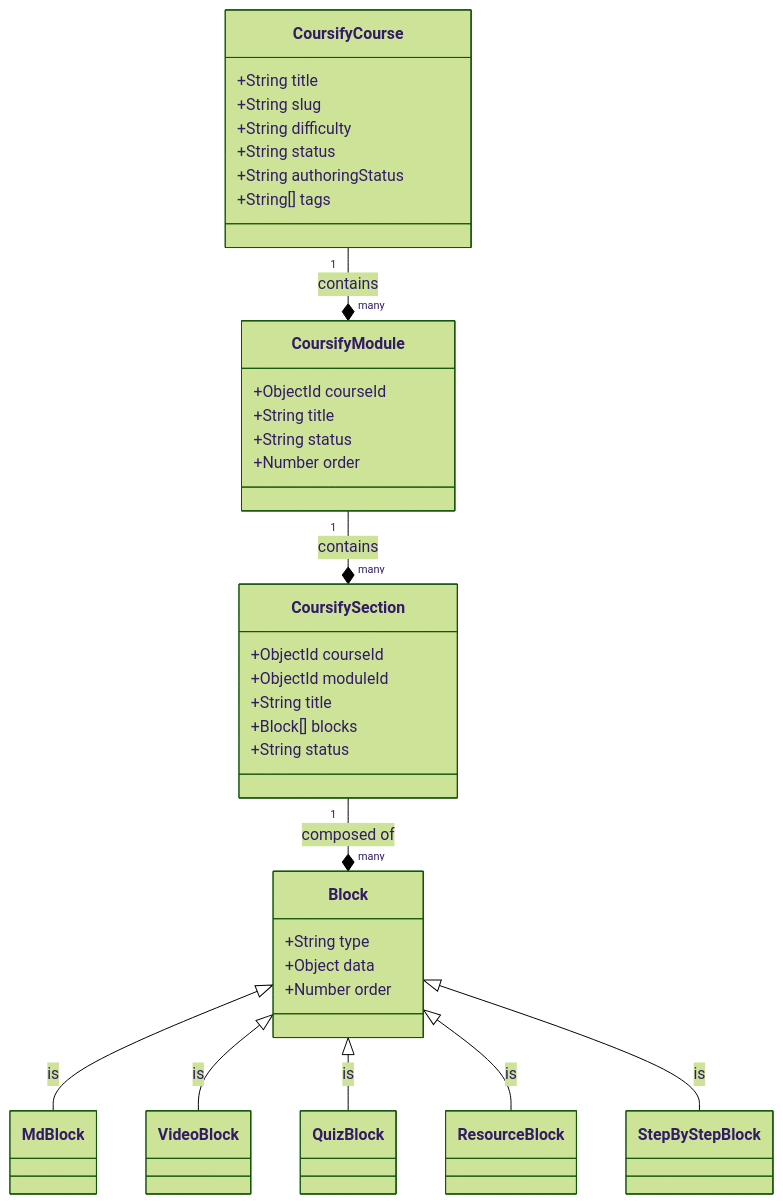
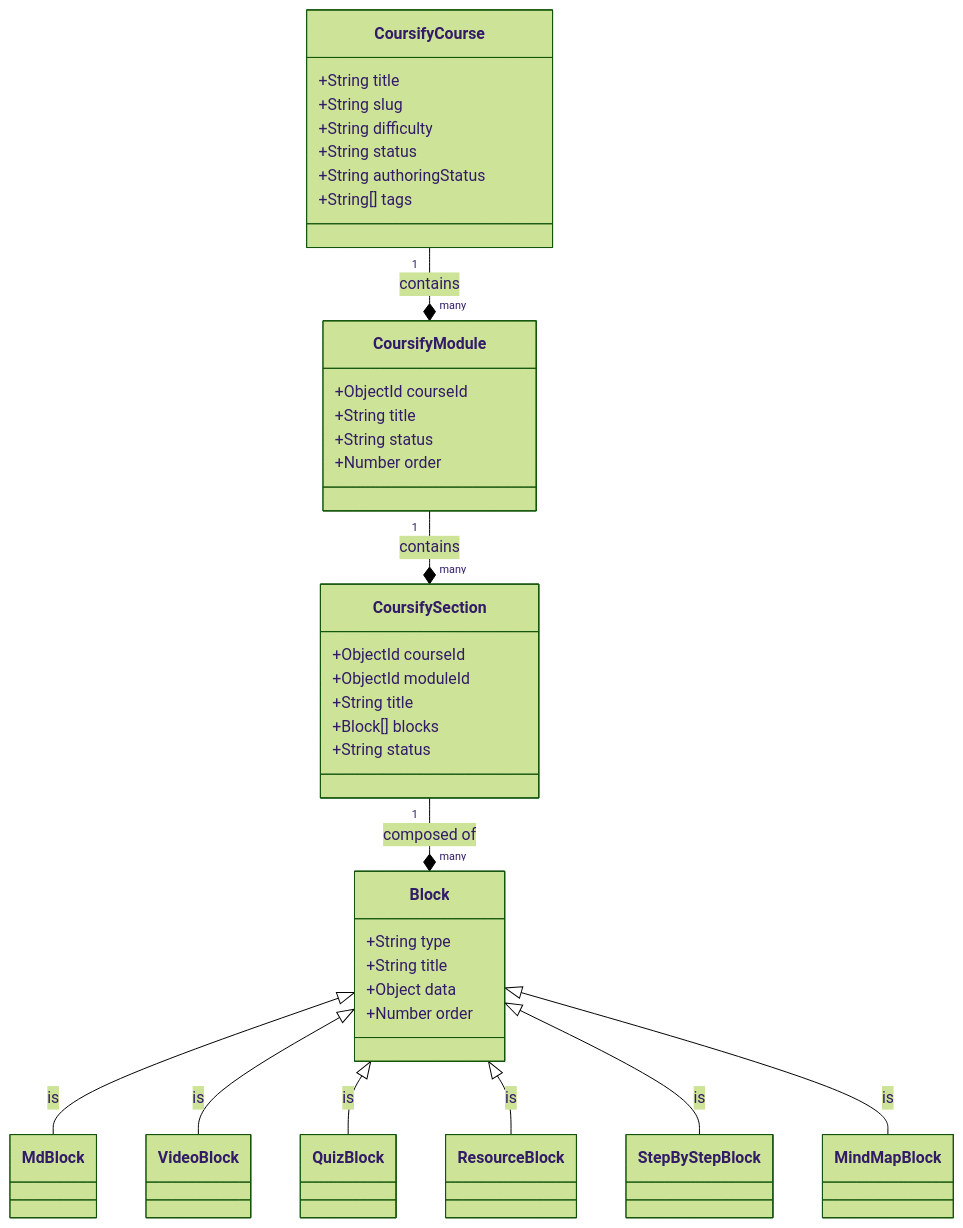
One commit to hasanraiyan/resume changed the diagram in .agent/skills/coursify-studio/references/schemas.md. Above: the diagram before and after it, drawn with Mermaid (forest theme). The commit also changed other lines of this file and 13 other files, not shown here.

````diff
--- a/.agent/skills/coursify-studio/references/schemas.md
+++ b/.agent/skills/coursify-studio/references/schemas.md
@@ -3,39 +3,41 @@
 ```mermaid
 classDiagram
     class CoursifyCourse {
         +String title
         +String slug
         +String difficulty
         +String status
         +String authoringStatus
         +String[] tags
     }
     class CoursifyModule {
         +ObjectId courseId
         +String title
         +String status
         +Number order
     }
     class CoursifySection {
         +ObjectId courseId
         +ObjectId moduleId
         +String title
         +Block[] blocks
         +String status
     }
     class Block {
         +String type
+        +String title
         +Object data
         +Number order
     }
 
     CoursifyCourse "1" --* "many" CoursifyModule : contains
     CoursifyModule "1" --* "many" CoursifySection : contains
     CoursifySection "1" --* "many" Block : composed of
 
     Block <|-- MdBlock : is
     Block <|-- VideoBlock : is
     Block <|-- QuizBlock : is
     Block <|-- ResourceBlock : is
     Block <|-- StepByStepBlock : is
+    Block <|-- MindMapBlock : is
 ```
````
